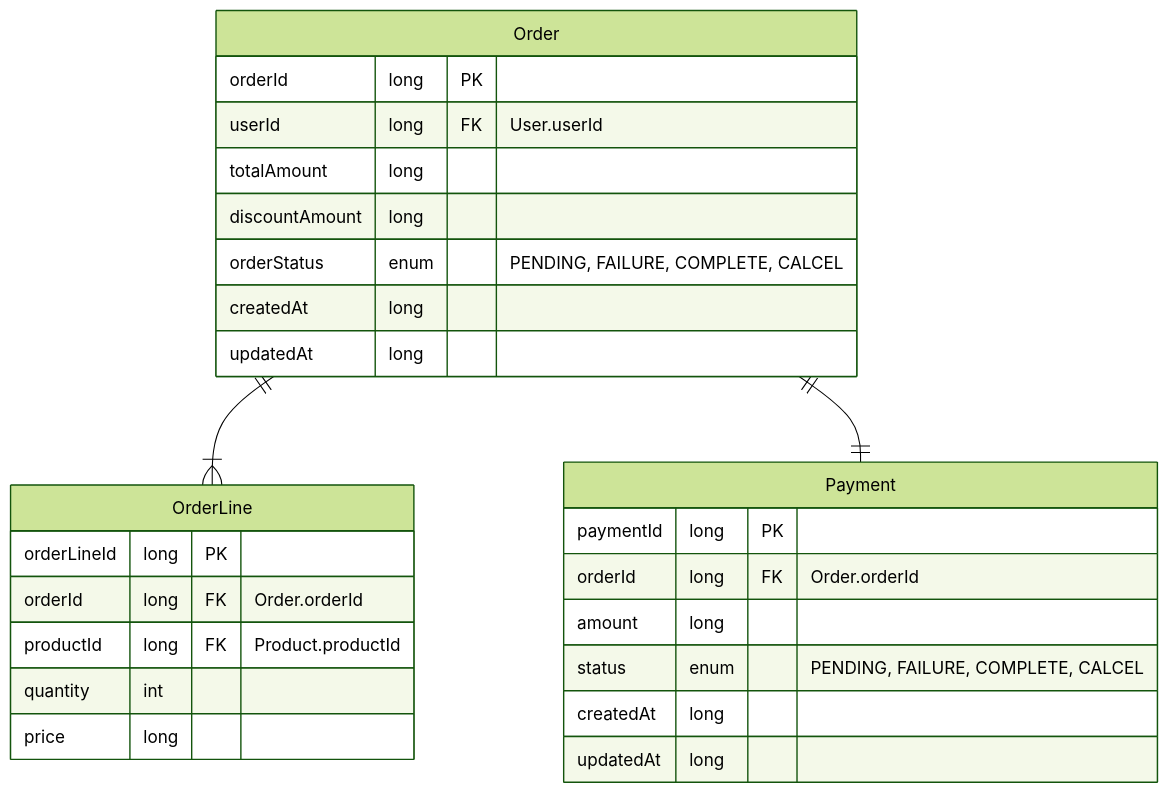
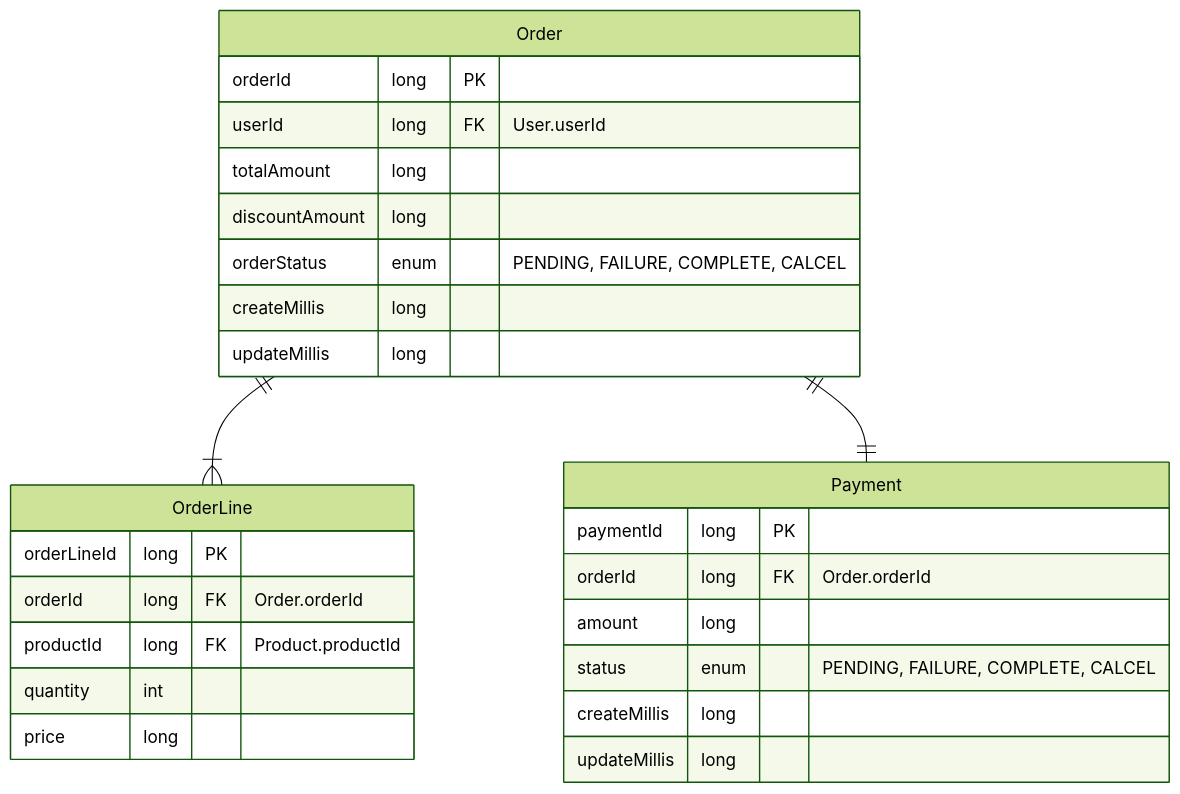
Before and after one commit to chapakook/kotlin-ecommerce: the fourth of 5 diagrams in docs/erd.md, drawn with Mermaid (forest theme). The commit also changed other lines of this file, not shown here.

Commit message:
[DOC] erd.md 업데이트 date -> millis

````diff
--- a/docs/erd.md
+++ b/docs/erd.md
@@ -192,29 +192,29 @@
 ```mermaid
 erDiagram
     Order{
         orderId long PK
         userId long FK "User.userId"
         totalAmount long
         discountAmount long
         orderStatus enum "PENDING, FAILURE, COMPLETE, CALCEL"
-        createdAt long
-        updatedAt long
+        createMillis long
+        updateMillis long
     }
     OrderLine{
         orderLineId long PK
         orderId long FK "Order.orderId"
         productId long FK "Product.productId"
         quantity int
         price long
     }
     Payment{
         paymentId long PK
         orderId long FK "Order.orderId"
         amount long
         status enum "PENDING, FAILURE, COMPLETE, CALCEL"
-        createdAt long
-        updatedAt long
+        createMillis long
+        updateMillis long
     }
     Order ||--|{ OrderLine: ""
     Order ||--|| Payment: ""
 ```
````
